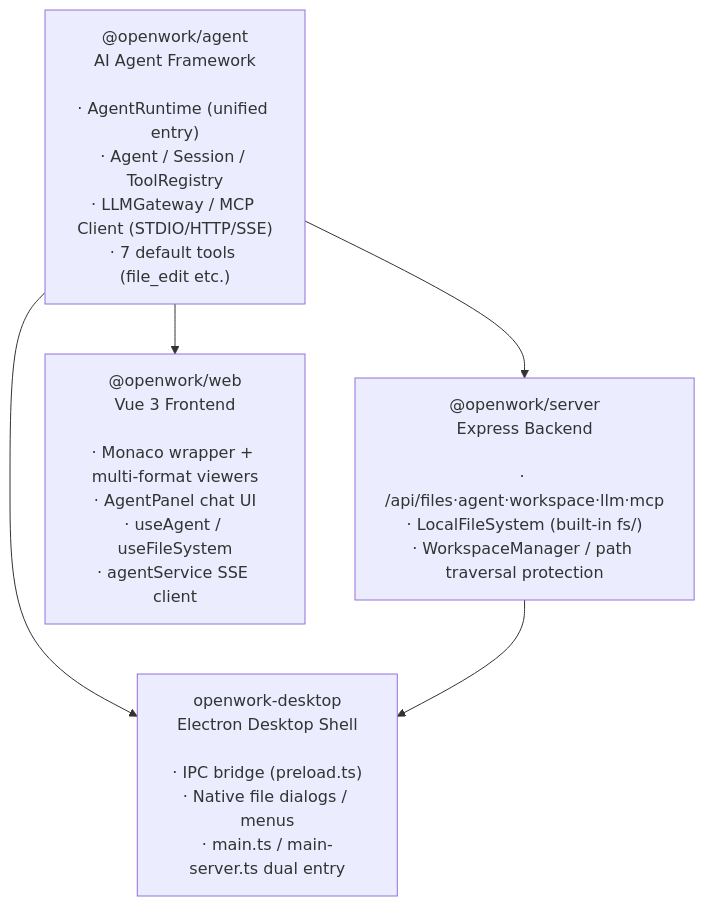
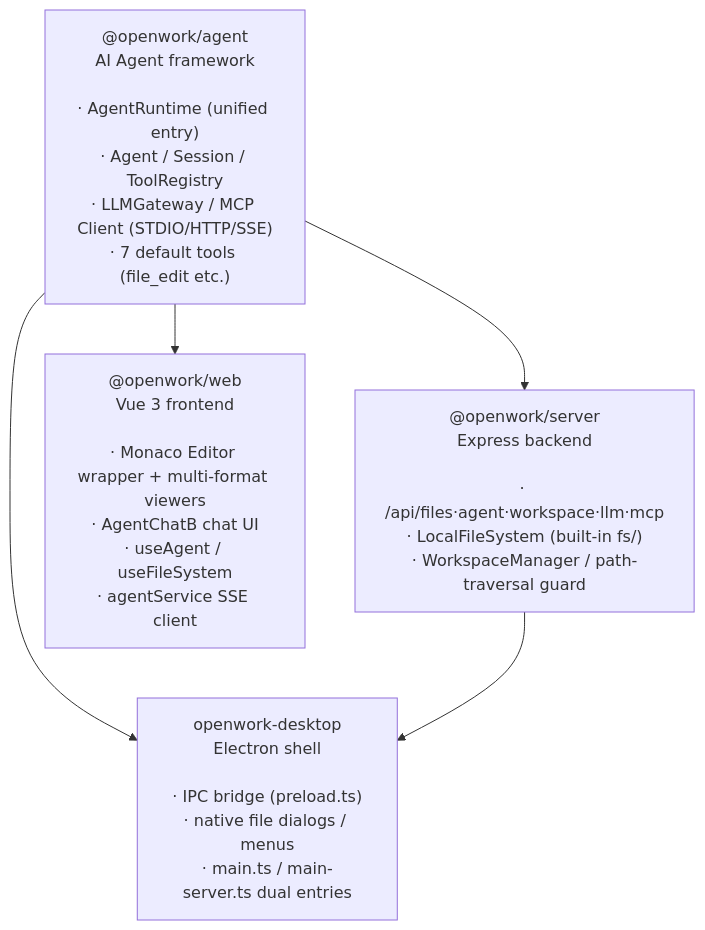
One commit to yishuw/Openwork_wy changed the first of 5 diagrams in README_EN.md. Above: the diagram before and after it, drawn with Mermaid. The commit also changed other lines of this file and 16 other files, not shown here.

````diff
--- a/README_EN.md
+++ b/README_EN.md
@@ -160,12 +177,12 @@
 ```mermaid
 graph TD
-    agent["@openwork/agent<br/>AI Agent Framework<br/><br/>· AgentRuntime (unified entry)<br/>· Agent / Session / ToolRegistry<br/>· LLMGateway / MCP Client (STDIO/HTTP/SSE)<br/>· 7 default tools (file_edit etc.)"]
-    server["@openwork/server<br/>Express Backend<br/><br/>· /api/files·agent·workspace·llm·mcp<br/>· LocalFileSystem (built-in fs/)<br/>· WorkspaceManager / path traversal protection"]
-    web["@openwork/web<br/>Vue 3 Frontend<br/><br/>· Monaco wrapper + multi-format viewers<br/>· AgentPanel chat UI<br/>· useAgent / useFileSystem<br/>· agentService SSE client"]
-    electron["openwork-desktop<br/>Electron Desktop Shell<br/><br/>· IPC bridge (preload.ts)<br/>· Native file dialogs / menus<br/>· main.ts / main-server.ts dual entry"]
+    agent["@openwork/agent<br/>AI Agent framework<br/><br/>· AgentRuntime (unified entry)<br/>· Agent / Session / ToolRegistry<br/>· LLMGateway / MCP Client (STDIO/HTTP/SSE)<br/>· 7 default tools (file_edit etc.)"]
+    server["@openwork/server<br/>Express backend<br/><br/>· /api/files·agent·workspace·llm·mcp<br/>· LocalFileSystem (built-in fs/)<br/>· WorkspaceManager / path-traversal guard"]
+    web["@openwork/web<br/>Vue 3 frontend<br/><br/>· Monaco Editor wrapper + multi-format viewers<br/>· AgentChatB chat UI<br/>· useAgent / useFileSystem<br/>· agentService SSE client"]
+    electron["openwork-desktop<br/>Electron shell<br/><br/>· IPC bridge (preload.ts)<br/>· native file dialogs / menus<br/>· main.ts / main-server.ts dual entries"]
 
     agent --> server
     agent --> web
     agent --> electron
     server --> electron
 ```
````
